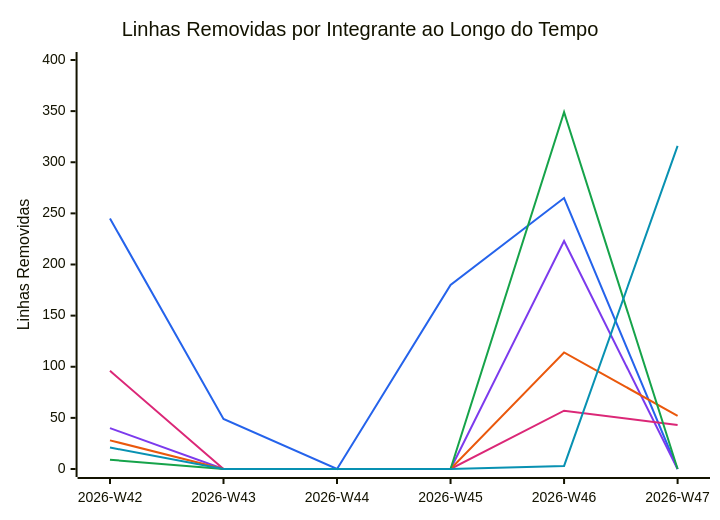
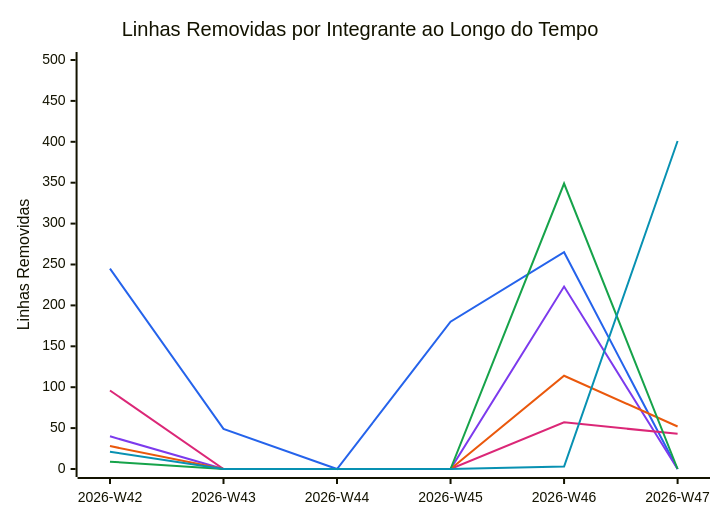
Before and after one commit to FCTE-Qualidade-de-Software-1/2026-2_T02_KAY_MCNULTY: the diagram in snippets/code-deletions.mmd, drawn with Mermaid. The commit also changed 3 other files, not shown here.

```diff
--- a/snippets/code-deletions.mmd
+++ b/snippets/code-deletions.mmd
@@ -1,11 +1,11 @@
 %%{init: {"themeVariables": {"xyChart": {"plotColorPalette": "#2563eb, #7c3aed, #db2777, #ea580c, #16a34a, #0891b2"}}}}%%
 xychart-beta
     title "Linhas Removidas por Integrante ao Longo do Tempo"
     x-axis ["2026-W42", "2026-W43", "2026-W44", "2026-W45", "2026-W46", "2026-W47"]
-    y-axis "Linhas Removidas" 0 --> 400
+    y-axis "Linhas Removidas" 0 --> 500
     line [245, 49, 0, 180, 265, 0]
     line [40, 0, 0, 0, 223, 0]
     line [96, 0, 0, 0, 57, 43]
     line [28, 0, 0, 0, 114, 52]
     line [9, 0, 0, 0, 349, 0]
-    line [21, 0, 0, 0, 3, 316]
+    line [21, 0, 0, 0, 3, 401]
```
